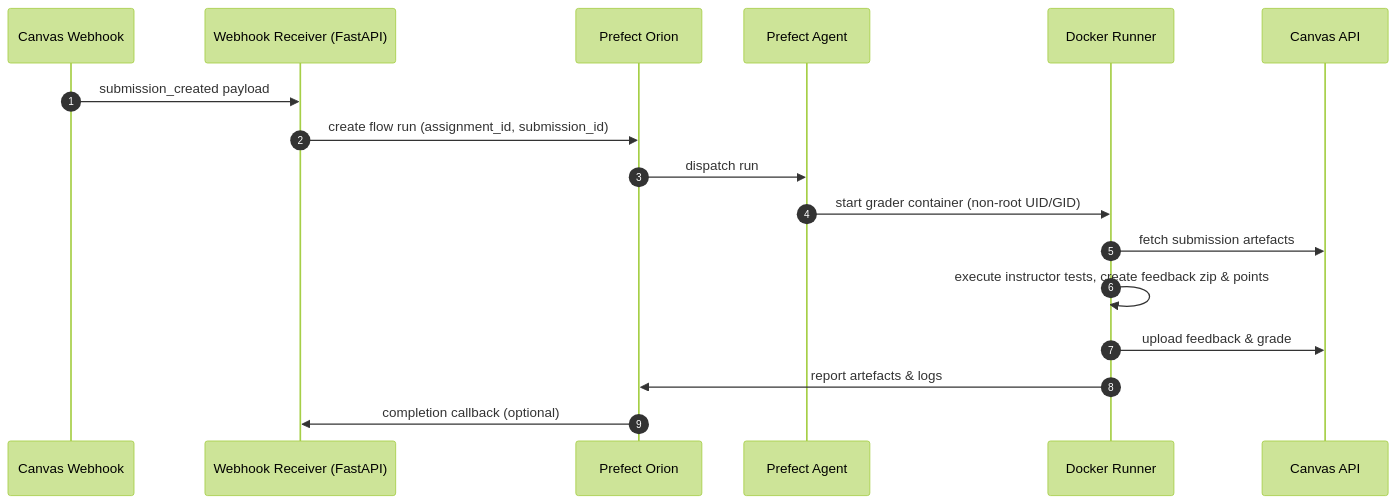
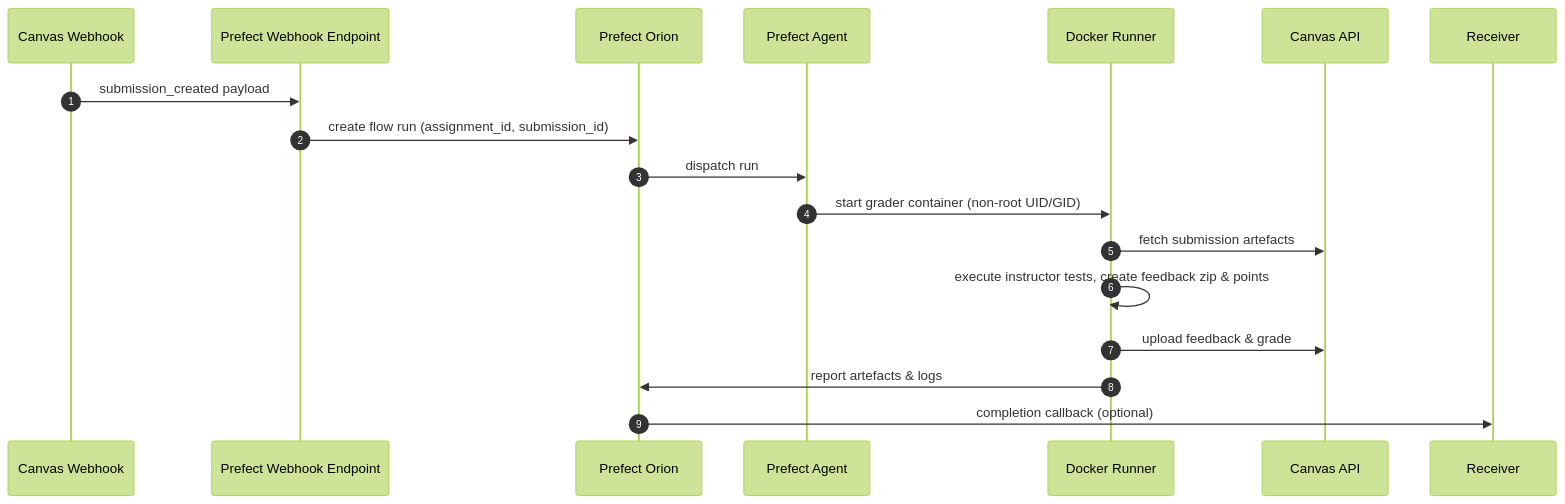
One commit to jakob1379/Canvas-Code-Correction changed the first of 2 diagrams in docs/architecture.md. Above: the diagram before and after it, drawn with Mermaid (forest theme). The commit also changed other lines of this file and 2 other files, not shown here.

````diff
--- a/docs/architecture.md
+++ b/docs/architecture.md
@@ -25,20 +26,20 @@
 ```mermaid
 sequenceDiagram
     autonumber
     participant Webhook as Canvas Webhook
-    participant Receiver as Webhook Receiver (FastAPI)
+    participant WebhookEndpoint as Prefect Webhook Endpoint
     participant Prefect as Prefect Orion
     participant Agent as Prefect Agent
     participant Runner as Docker Runner
     participant Canvas as Canvas API
 
-    Webhook->>Receiver: submission_created payload
-    Receiver->>Prefect: create flow run (assignment_id, submission_id)
+    Webhook->>WebhookEndpoint: submission_created payload
+    WebhookEndpoint->>Prefect: create flow run (assignment_id, submission_id)
     Prefect->>Agent: dispatch run
     Agent->>Runner: start grader container (non-root UID/GID)
     Runner->>Canvas: fetch submission artefacts
     Runner->>Runner: execute instructor tests, create feedback zip & points
     Runner->>Canvas: upload feedback & grade
     Runner->>Prefect: report artefacts & logs
     Prefect->>Receiver: completion callback (optional)
 ```
````
